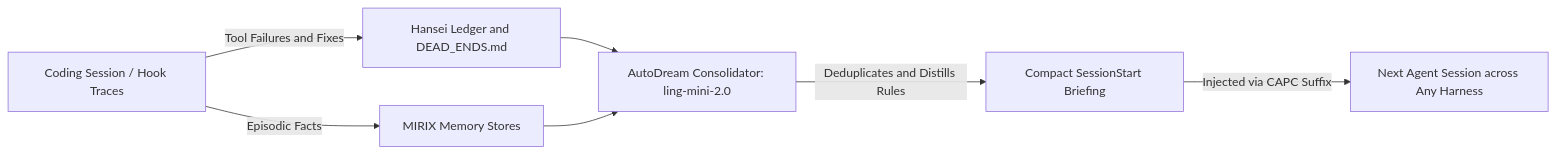
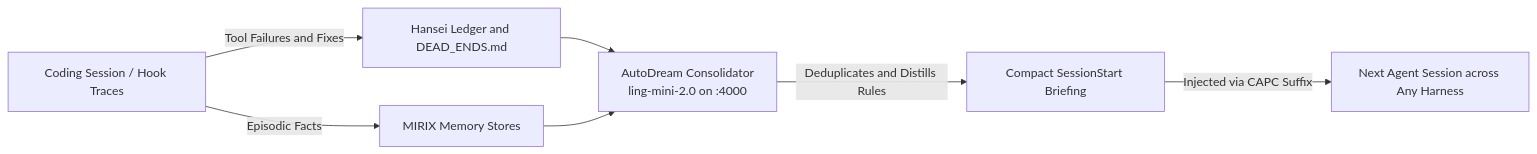
The second of 2 diagrams in README.md (dikkulah/kaizen-engineering-kit), drawn with Mermaid before and after one commit. The commit also changed other lines of this file and 7 other files, not shown here.

Commit message:
feat: add 50+ model catalog, NVIDIA Nemotron, FastMCP kaizen_* dual-naming, frontier Night-Shift batches, and fix GitHub Mermaid rendering

````diff
--- a/README.md
+++ b/README.md
@@ -155,9 +155,9 @@
 ```mermaid
-flowchart LR
+graph LR
     S["Coding Session / Hook Traces"] -->|"Tool Failures and Fixes"| HANSEI["Hansei Ledger and DEAD_ENDS.md"]
     S -->|"Episodic Facts"| MIRIX["MIRIX Memory Stores"]
-    HANSEI --> DREAM["AutoDream Consolidator: ling-mini-2.0"]
+    HANSEI --> DREAM["AutoDream Consolidator<br/>ling-mini-2.0 on :4000"]
     MIRIX --> DREAM
     DREAM -->|"Deduplicates and Distills Rules"| RULES["Compact SessionStart Briefing"]
     RULES -->|"Injected via CAPC Suffix"| NEXT["Next Agent Session across Any Harness"]
 ```
````
